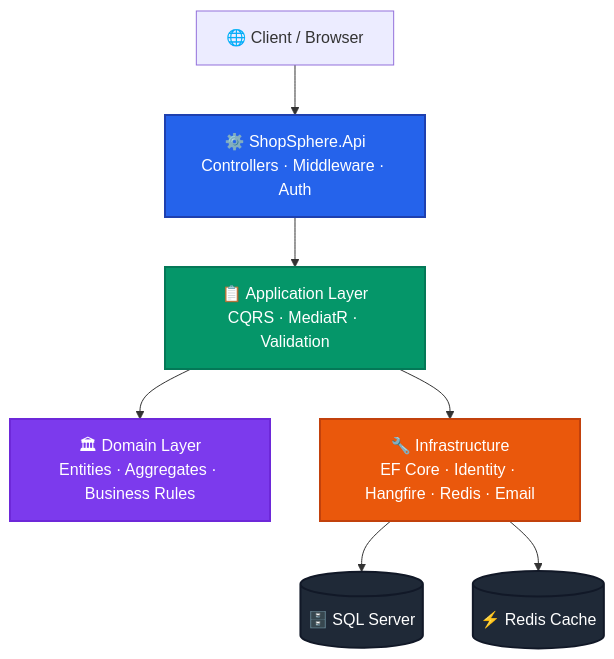
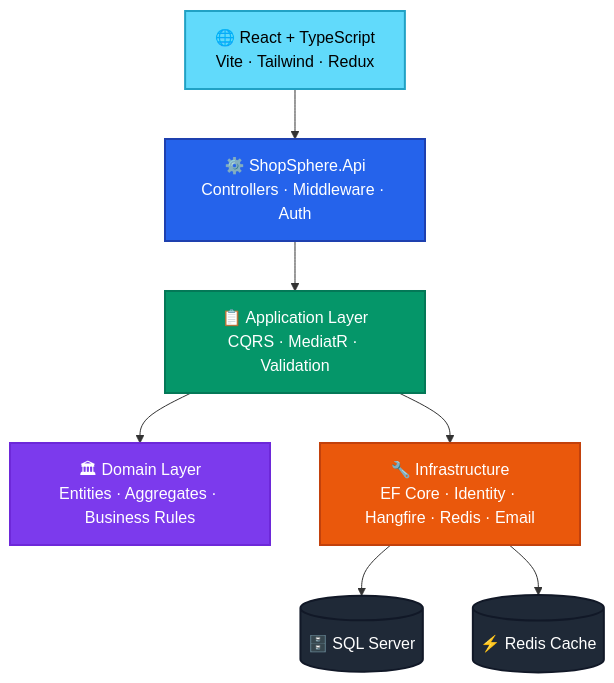
Before and after one commit to chintanchhapgar/ShopSphere: the first of 2 diagrams in README.md, drawn with Mermaid. The commit also changed other lines of this file, not shown here.

````diff
--- a/README.md
+++ b/README.md
@@ -105,29 +148,31 @@
 ```mermaid
 flowchart TD
-    Client["🌐 Client / Browser"]
+    Client["🌐 React + TypeScript\nVite · Tailwind · Redux"]
     API["⚙️ ShopSphere.Api\nControllers · Middleware · Auth"]
     APP["📋 Application Layer\nCQRS · MediatR · Validation"]
     DOMAIN["🏛 Domain Layer\nEntities · Aggregates · Business Rules"]
     INFRA["🔧 Infrastructure\nEF Core · Identity · Hangfire · Redis · Email"]
     DB[("🗄️ SQL Server")]
     REDIS[("⚡ Redis Cache")]
 
     Client --> API
     API --> APP
     APP --> DOMAIN
     APP --> INFRA
     INFRA --> DB
     INFRA --> REDIS
 
+    classDef frontend fill:#61DAFB,color:#000000,stroke:#21A1C4,stroke-width:2px
     classDef api fill:#2563EB,color:#ffffff,stroke:#1E40AF,stroke-width:2px
     classDef app fill:#059669,color:#ffffff,stroke:#047857,stroke-width:2px
     classDef domain fill:#7C3AED,color:#ffffff,stroke:#6D28D9,stroke-width:2px
     classDef infra fill:#EA580C,color:#ffffff,stroke:#C2410C,stroke-width:2px
     classDef db fill:#1F2937,color:#ffffff,stroke:#111827,stroke-width:2px
 
+    class Client frontend
     class API api
     class APP app
     class DOMAIN domain
     class INFRA infra
     class DB,REDIS db
 ```
````
